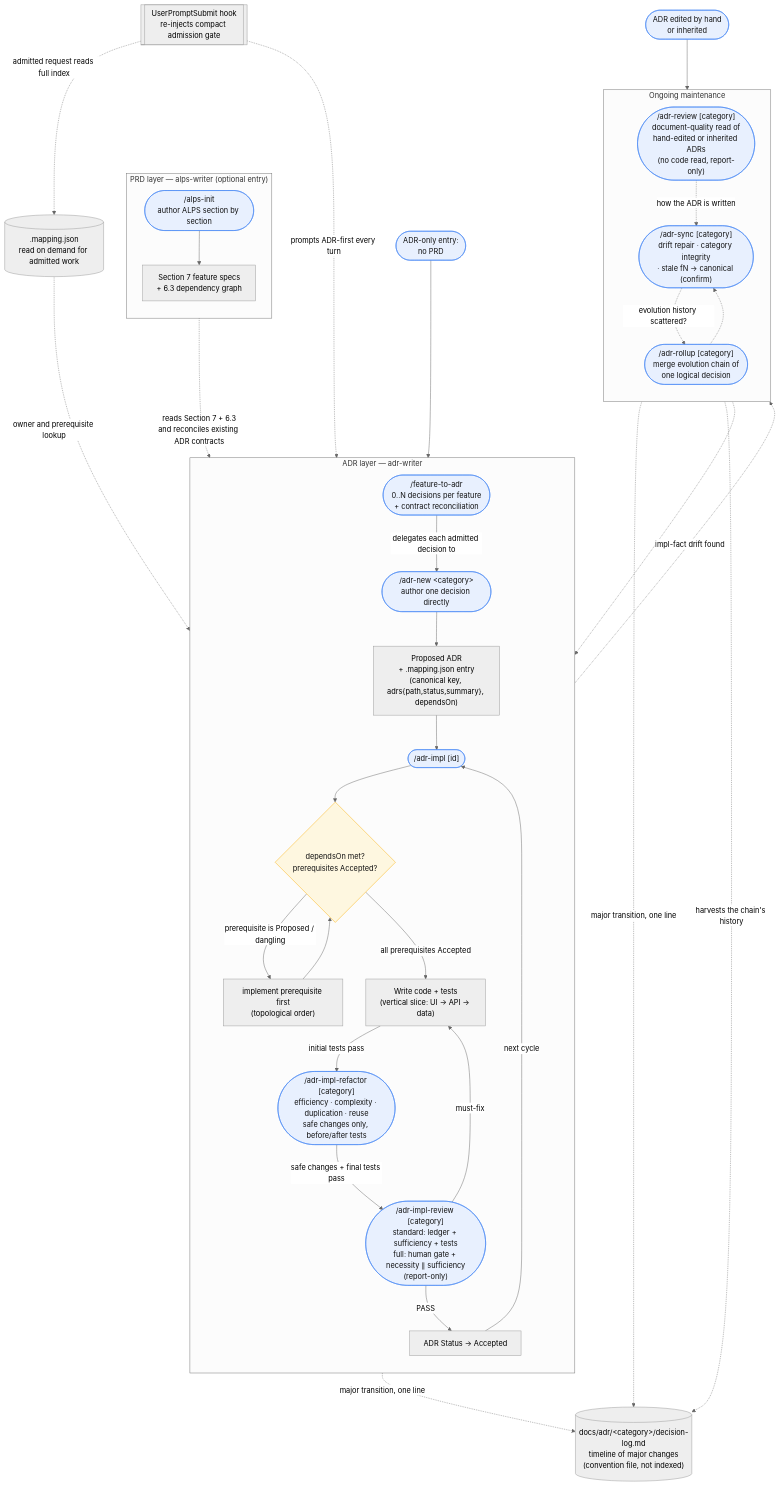
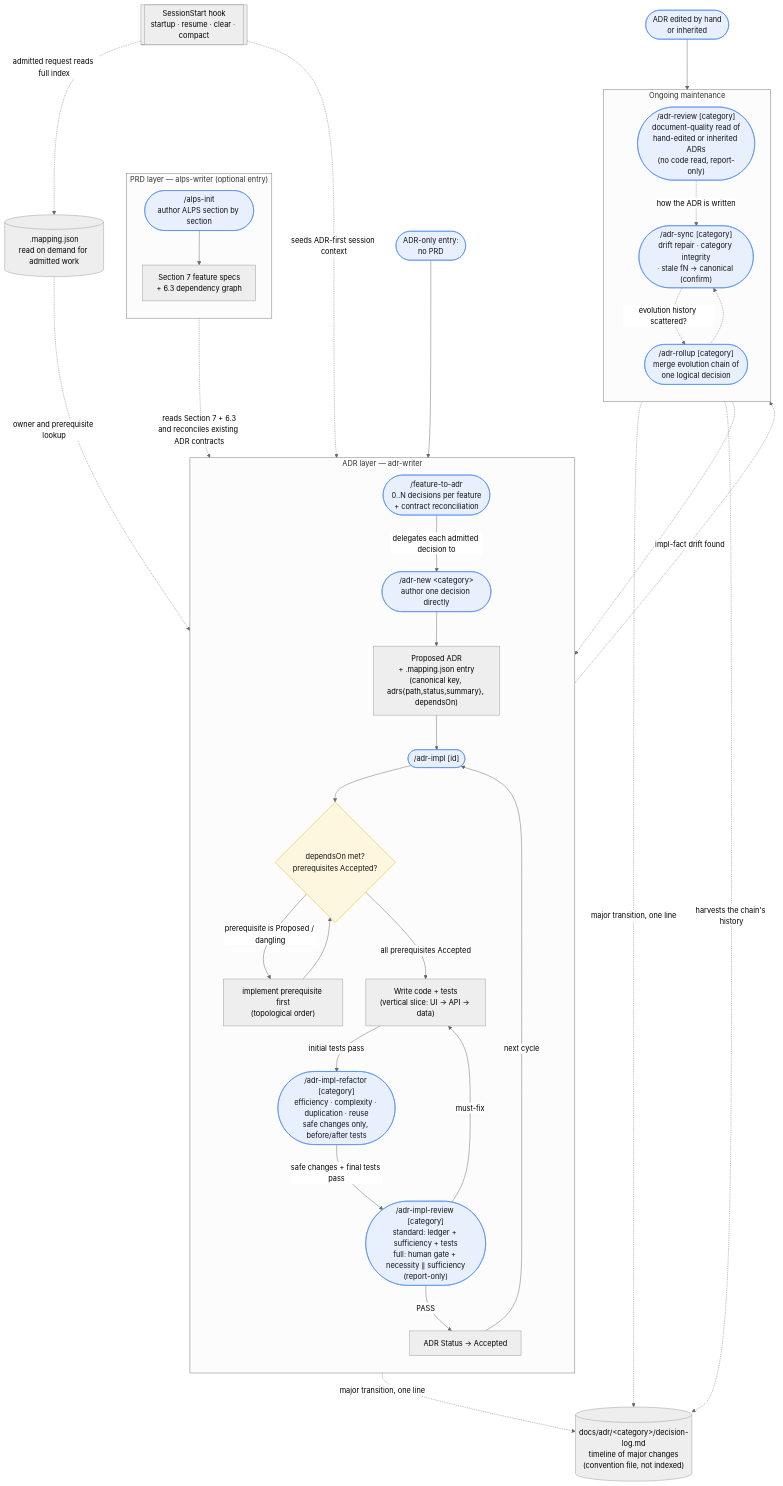
Before and after one commit to haandol/alps-writer-mcp: the second of 2 diagrams in docs/usage.md, drawn with Mermaid (neutral theme). The commit also changed other lines of this file and 30 other files, not shown here.

Commit message:
fix(adr): run hook on session lifecycle

````diff
--- a/docs/usage.md
+++ b/docs/usage.md
@@ -32,66 +32,66 @@
 ```mermaid
 flowchart TD
     subgraph prd["PRD layer — alps-writer (optional entry)"]
         direction TB
         Init(["/alps-init<br/>author ALPS section by section"])
         S7["Section 7 feature specs<br/>+ 6.3 dependency graph"]
         Init --> S7
     end
 
     subgraph adr["ADR layer — adr-writer"]
         direction TB
         F2A(["/feature-to-adr<br/>0..N decisions per feature<br/>+ contract reconciliation"])
         New(["/adr-new &lt;category&gt;<br/>author one decision directly"])
         Proposed["Proposed ADR<br/>+ .mapping.json entry<br/>(canonical key, adrs{path,status,summary}, dependsOn)"]
         Impl(["/adr-impl [id]"])
         Gate{"dependsOn met?<br/>prerequisites Accepted?"}
         Code["Write code + tests<br/>(vertical slice: UI → API → data)"]
         Refactor(["/adr-impl-refactor [category]<br/>efficiency · complexity · duplication · reuse<br/>safe changes only, before/after tests"])
         Review(["/adr-impl-review [category]<br/>standard: ledger + sufficiency + tests<br/>full: human gate + necessity ∥ sufficiency<br/>(report-only)"])
         Accepted["ADR Status → Accepted"]
 
         F2A -->|delegates each admitted decision to| New
         New --> Proposed
         Proposed --> Impl
         Impl --> Gate
         Gate -->|prerequisite is Proposed / dangling| PrereqFirst["implement prerequisite first<br/>(topological order)"]
         PrereqFirst --> Gate
         Gate -->|all prerequisites Accepted| Code
         Code -->|initial tests pass| Refactor
         Refactor -->|safe changes + final tests pass| Review
         Review -->|PASS| Accepted
         Review -->|must-fix| Code
     end
 
     subgraph maint["Ongoing maintenance"]
         direction TB
         Sync(["/adr-sync [category]<br/>drift repair · category integrity<br/>· stale fN → canonical (confirm)"])
         Rollup(["/adr-rollup [category]<br/>merge evolution chain of<br/>one logical decision"])
         DocRev(["/adr-review [category]<br/>document-quality read of<br/>hand-edited or inherited ADRs<br/>(no code read, report-only)"])
     end
 
-    Hook[["UserPromptSubmit hook<br/>re-injects compact admission gate"]]
+    Hook[["SessionStart hook<br/>startup · resume · clear · compact"]]
     Mapping[(".mapping.json<br/>read on demand for admitted work")]
     Log[("docs/adr/&lt;category&gt;/decision-log.md<br/>timeline of major changes<br/>(convention file, not indexed)")]
 
     S7 -.->|"reads Section 7 + 6.3<br/>and reconciles existing ADR contracts"| F2A
     Start(["ADR-only entry:<br/>no PRD"]) --> New
     Review -.->|impl-fact drift found| Sync
     Sync -.-> Review
     Accepted -->|next cycle| Impl
     Sync -.->|evolution history scattered?| Rollup
     Rollup -.-> Sync
     Hand(["ADR edited by hand<br/>or inherited"]) --> DocRev
     DocRev -.->|"how the ADR is written"| Sync
-    Hook -.->|prompts ADR-first every turn| Impl
+    Hook -.->|seeds ADR-first session context| Impl
     Hook -.->|admitted request reads full index| Mapping
     Mapping -.->|owner and prerequisite lookup| Impl
     Impl -.->|"major transition, one line"| Log
     Sync -.->|"major transition, one line"| Log
     Rollup -.->|"harvests the chain's history"| Log
 
     classDef cmd fill:#e8f0fe,stroke:#4285f4,color:#111;
     classDef gate fill:#fef7e0,stroke:#f9ab00,color:#111;
     class Init,F2A,New,Impl,Refactor,Review,Sync,Rollup,DocRev,Start,Hand cmd;
     class Gate gate;
 ```
````
